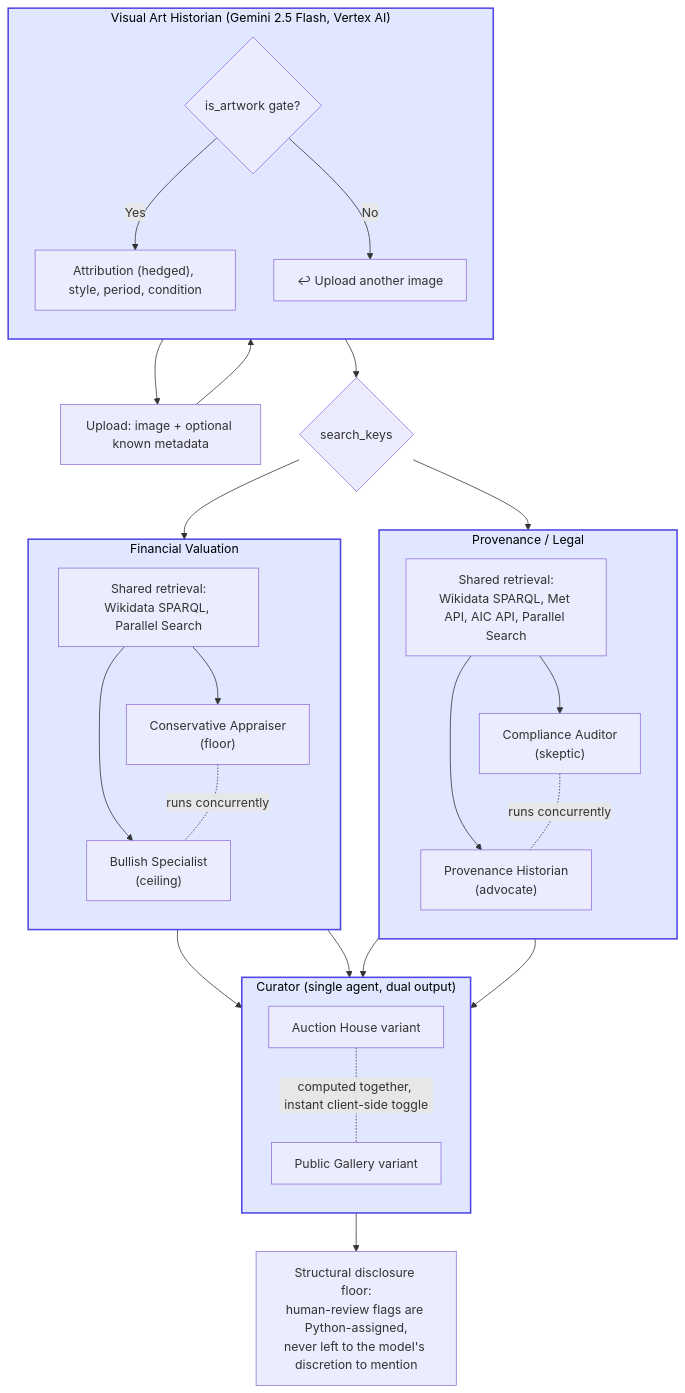
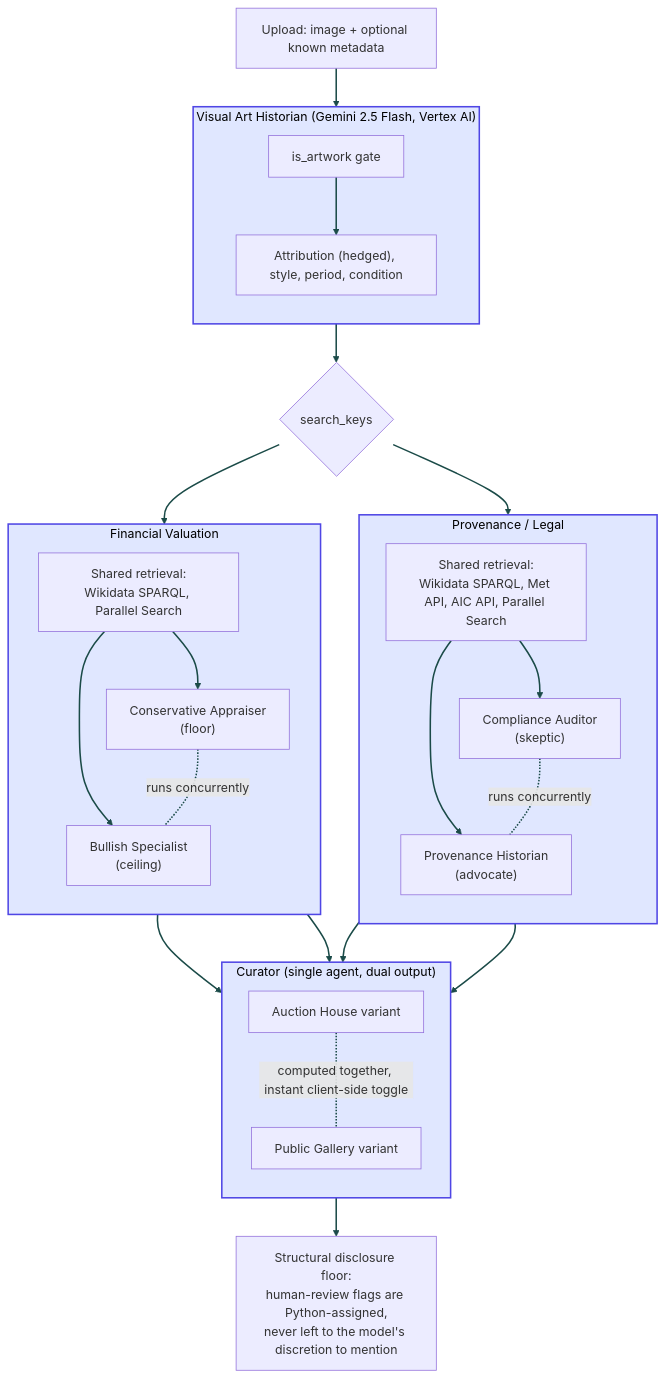
The diagram in README.md (sl2902/argents), drawn with Mermaid before and after one commit.

Commit message:
revert mermaid

````diff
--- a/README.md
+++ b/README.md
@@ -57,53 +57,53 @@
 ```mermaid
 flowchart TD
-A["Upload: image + optional known metadata"] --> B
+    A["Upload: image + optional known metadata"] --> B
+ 
+    subgraph B["Visual Art Historian (Gemini 2.5 Flash, Vertex AI)"]
+        direction TB
+        B0["is_artwork gate"]
+        B1["Attribution (hedged), style, period, condition"]
+        B0 --> B1
+    end
+ 
+    B --> C{"search_keys"}
+    C --> D
+    C --> E
+ 
+    subgraph D["Provenance / Legal"]
+        direction TB
+        D0["Shared retrieval:<br/>Wikidata SPARQL, Met API, AIC API, Parallel Search"]
+        D0 --> D1["Compliance Auditor<br/>(skeptic)"]
+        D0 --> D2["Provenance Historian<br/>(advocate)"]
+        D1 -.runs concurrently.- D2
+    end
+ 
+    subgraph E["Financial Valuation"]
+        direction TB
+        E0["Shared retrieval:<br/>Wikidata SPARQL, Parallel Search"]
+        E0 --> E1["Conservative Appraiser<br/>(floor)"]
+        E0 --> E2["Bullish Specialist<br/>(ceiling)"]
+        E1 -.runs concurrently.- E2
+    end
+ 
+    D1 --> F
+    D2 --> F
+    E1 --> F
+    E2 --> F
+ 
+    subgraph F["Curator (single agent, dual output)"]
+        direction TB
+        F0["Auction House variant"]
+        F1["Public Gallery variant"]
+        F0 -.computed together, instant client-side toggle.- F1
+    end
+ 
+    F --> G["Structural disclosure floor:<br/>human-review flags are Python-assigned,<br/>never left to the model's discretion to mention"]
+ 
+    style B fill:#E0E7FF,stroke:#4F46E5,stroke-width:2px,color:#000000
+    style D fill:#E0E7FF,stroke:#4F46E5,stroke-width:2px,color:#000000
+    style E fill:#E0E7FF,stroke:#4F46E5,stroke-width:2px,color:#000000
+    style F fill:#E0E7FF,stroke:#4F46E5,stroke-width:2px,color:#000000
+ 
+    linkStyle default stroke:#1b4b48,stroke-width:2px
 
-subgraph B["Visual Art Historian (Gemini 2.5 Flash, Vertex AI)"]
-    direction TB
-    B0{"is_artwork gate?"}
-    B1["Attribution (hedged), style, period, condition"]
-
-    B0 -->|Yes| B1
-    B0 -->|No| R["↩ Upload another image"]
-end
-
-R --> A
-B1 --> C{"search_keys"}
-C --> D
-C --> E
-
-subgraph D["Provenance / Legal"]
-    direction TB
-    D0["Shared retrieval:<br/>Wikidata SPARQL, Met API, AIC API, Parallel Search"]
-    D0 --> D1["Compliance Auditor<br/>(skeptic)"]
-    D0 --> D2["Provenance Historian<br/>(advocate)"]
-    D1 -.runs concurrently.- D2
-end
-
-subgraph E["Financial Valuation"]
-    direction TB
-    E0["Shared retrieval:<br/>Wikidata SPARQL, Parallel Search"]
-    E0 --> E1["Conservative Appraiser<br/>(floor)"]
-    E0 --> E2["Bullish Specialist<br/>(ceiling)"]
-    E1 -.runs concurrently.- E2
-end
-
-D1 --> F
-D2 --> F
-E1 --> F
-E2 --> F
-
-subgraph F["Curator (single agent, dual output)"]
-    direction TB
-    F0["Auction House variant"]
-    F1["Public Gallery variant"]
-    F0 -.computed together, instant client-side toggle.- F1
-end
-
-F --> G["Structural disclosure floor:<br/>human-review flags are Python-assigned,<br/>never left to the model's discretion to mention"]
-
-style B fill:#E0E7FF,stroke:#4F46E5,stroke-width:2px,color:#000000
-style D fill:#E0E7FF,stroke:#4F46E5,stroke-width:2px,color:#000000
-style E fill:#E0E7FF,stroke:#4F46E5,stroke-width:2px,color:#000000
-style F fill:#E0E7FF,stroke:#4F46E5,stroke-width:2px,color:#000000
 ```
````
